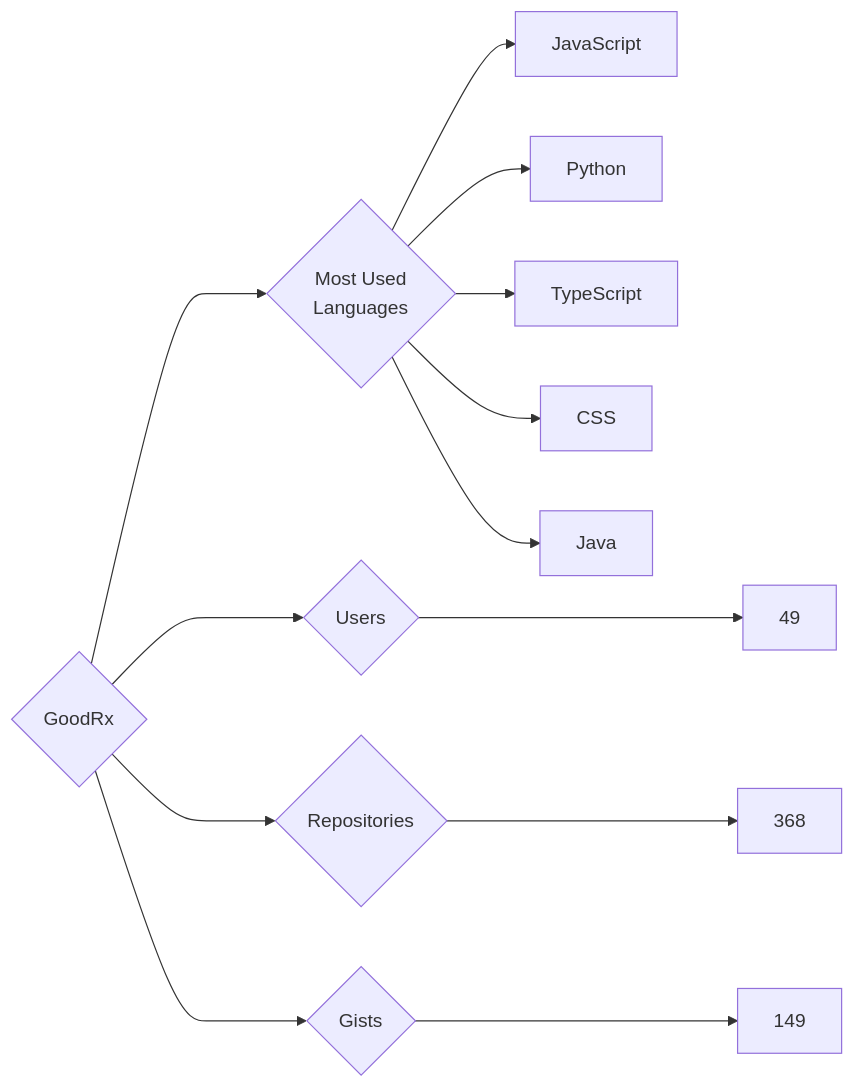
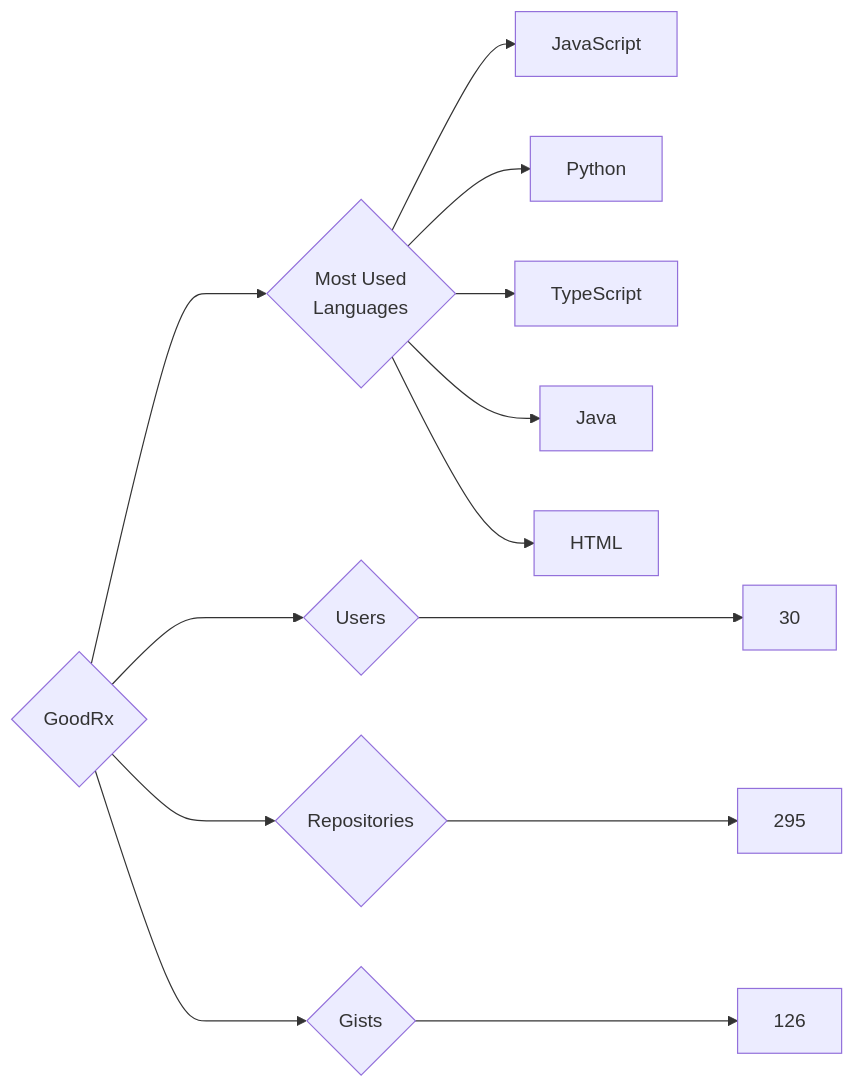
Before and after one commit to trickest/insiders: the diagram in targets/GoodRx/README.md, drawn with Mermaid. The commit also changed 838 other files, not shown here.

````diff
--- a/targets/GoodRx/README.md
+++ b/targets/GoodRx/README.md
@@ -3,13 +3,13 @@
 ```mermaid
 graph LR
 COMPANY_NAME{GoodRx}
-COMPANY_NAME ---> U{Users} ---> UN[49]
-COMPANY_NAME ---> R{Repositories} ---> RN[368]
-COMPANY_NAME ---> G{Gists} ---> GN[149]
+COMPANY_NAME ---> U{Users} ---> UN[30]
+COMPANY_NAME ---> R{Repositories} ---> RN[295]
+COMPANY_NAME ---> G{Gists} ---> GN[126]
 COMPANY_NAME ---> ML{Most Used<br>Languages}
 ML --> JavaScript[JavaScript]
 ML --> Python[Python]
 ML --> TypeScript[TypeScript]
-ML --> CSS[CSS]
 ML --> Java[Java]
+ML --> HTML[HTML]
 ```
````
